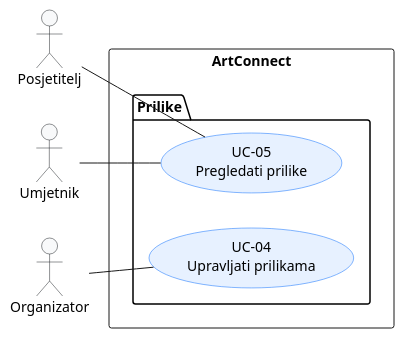
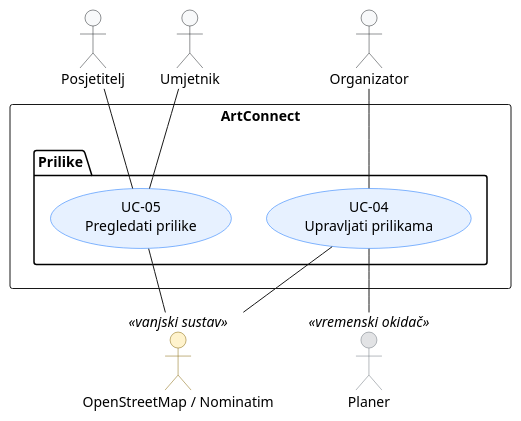
The diagram in docs/puml/3-1-artconnect-prilike-UC.puml (LD05-fk/Strumfovi), drawn with PlantUML before and after one commit. The commit also changed 11 other files, not shown here.

```diff
--- a/docs/puml/3-1-artconnect-prilike-UC.puml
+++ b/docs/puml/3-1-artconnect-prilike-UC.puml
@@ -1,30 +1,43 @@
 @startuml
-left to right direction
+top to bottom direction
 skinparam shadowing false
 skinparam defaultFontName Arial
 
 skinparam actor {
     BackgroundColor #F8F9FA
     BorderColor #212529
+    BackgroundColor<<vanjski sustav>> #FFF3CD
+    BorderColor<<vanjski sustav>> #856404
+    BackgroundColor<<vremenski okidač>> #E2E3E5
+    BorderColor<<vremenski okidač>> #6C757D
 }
 
 skinparam usecase {
     BackgroundColor #E7F1FF
     BorderColor #0D6EFD
 }
 
 actor "Posjetitelj" as Posjetitelj
 actor "Umjetnik" as Umjetnik
 actor "Organizator" as Organizator
 
 rectangle "ArtConnect" {
   package "Prilike" {
     usecase "UC-04\nUpravljati prilikama" as UC04
     usecase "UC-05\nPregledati prilike" as UC05
   }
 }
 
-Organizator -- UC04
+together {
+  actor "OpenStreetMap / Nominatim" as OSM <<vanjski sustav>>
+  actor "Planer" as Planer <<vremenski okidač>>
+}
+
 Posjetitelj -- UC05
 Umjetnik -- UC05
+Organizator -- UC04
+
+UC04 -- OSM
+UC05 -- OSM
+UC04 -- Planer
 @enduml
```
